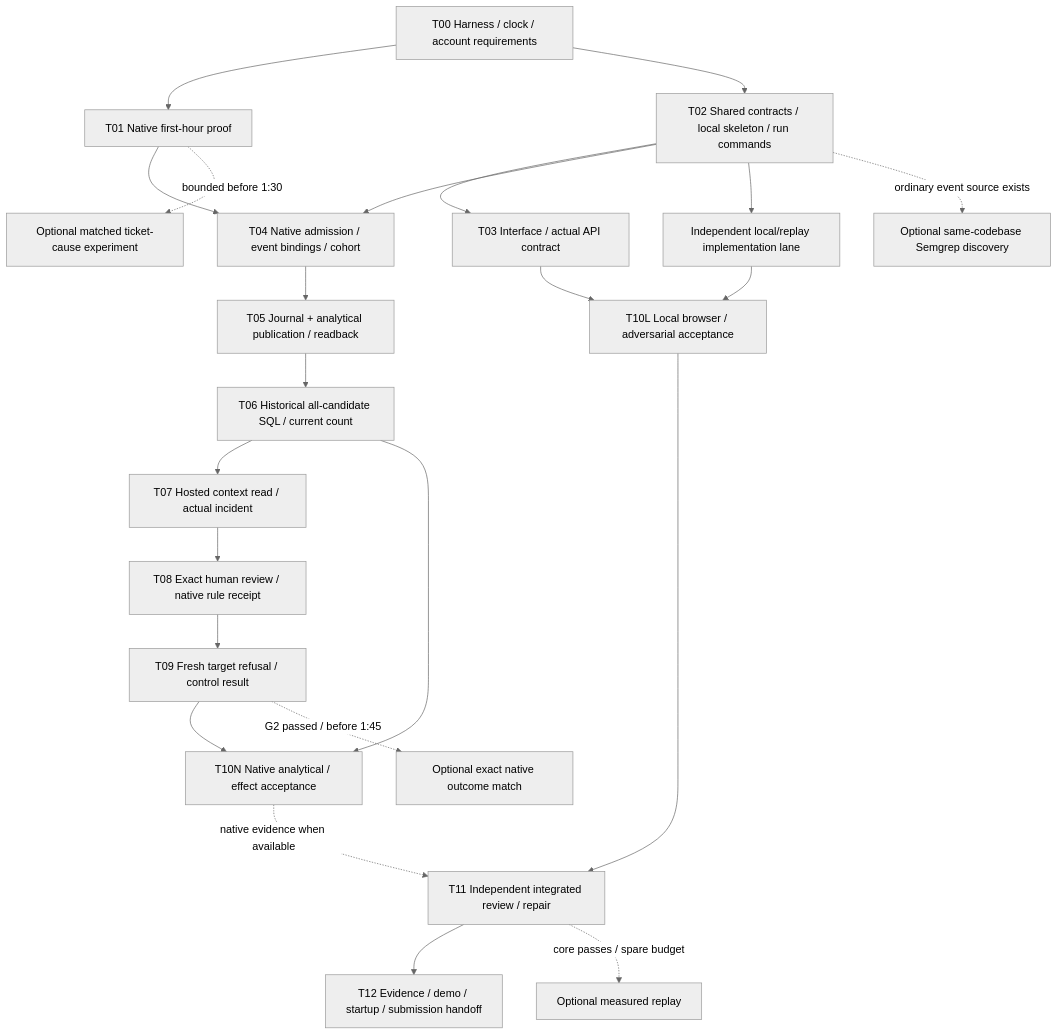
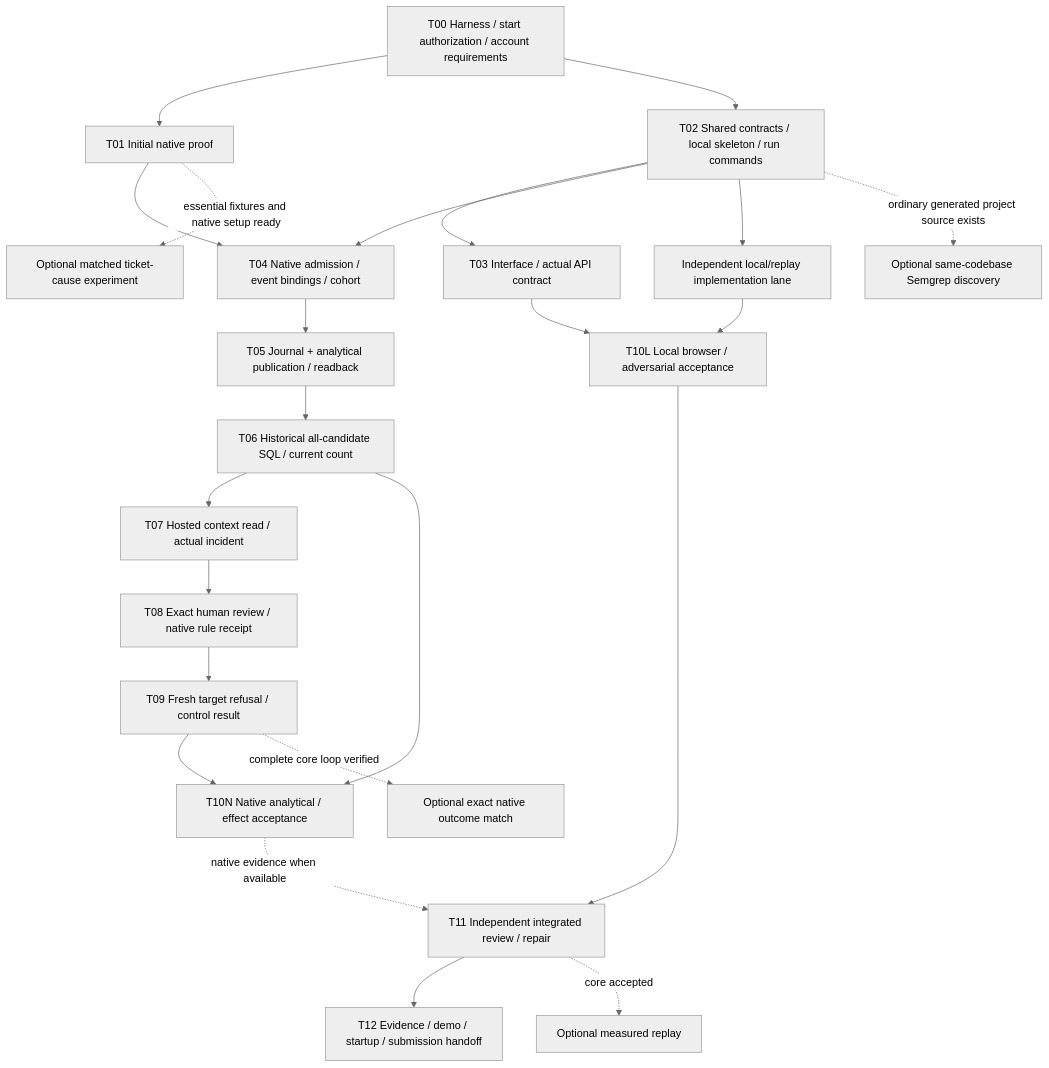
The diagram in docs/prompts/BUILD_SCOPEWATCH.md (nihalnihalani/ScopeWatch), drawn with Mermaid (neutral theme) before and after one commit. The commit also changed other lines of this file and 126 other files, not shown here.

````diff
--- a/docs/prompts/BUILD_SCOPEWATCH.md
+++ b/docs/prompts/BUILD_SCOPEWATCH.md
@@ -64,25 +66,25 @@
 ```mermaid
 flowchart TD
-  H[T00 Harness / clock / account requirements] --> N[T01 Native first-hour proof]
+  H[T00 Harness / start authorization / account requirements] --> N[T01 Initial native proof]
   H --> C[T02 Shared contracts / local skeleton / run commands]
   C --> U[T03 Interface / actual API contract]
   N --> J[T04 Native admission / event bindings / cohort]
   C --> J
   J --> P[T05 Journal + analytical publication / readback]
   P --> Q[T06 Historical all-candidate SQL / current count]
   Q --> I[T07 Hosted context read / actual incident]
   I --> A[T08 Exact human review / native rule receipt]
   A --> V[T09 Fresh target refusal / control result]
   U --> EL[T10L Local browser / adversarial acceptance]
   Q --> EN[T10N Native analytical / effect acceptance]
   V --> EN
   EL --> R[T11 Independent integrated review / repair]
   EN -. native evidence when available .-> R
   R --> S[T12 Evidence / demo / startup / submission handoff]
   C --> L[Independent local/replay implementation lane]
   L --> EL
-  N -. bounded before 1:30 .-> OC[Optional matched ticket-cause experiment]
-  C -. ordinary event source exists .-> OS[Optional same-codebase Semgrep discovery]
-  V -. G2 passed / before 1:45 .-> OO[Optional exact native outcome match]
-  R -. core passes / spare budget .-> OM[Optional measured replay]
+  N -. essential fixtures and native setup ready .-> OC[Optional matched ticket-cause experiment]
+  C -. ordinary generated project source exists .-> OS[Optional same-codebase Semgrep discovery]
+  V -. complete core loop verified .-> OO[Optional exact native outcome match]
+  R -. core accepted .-> OM[Optional measured replay]
 ```
````
